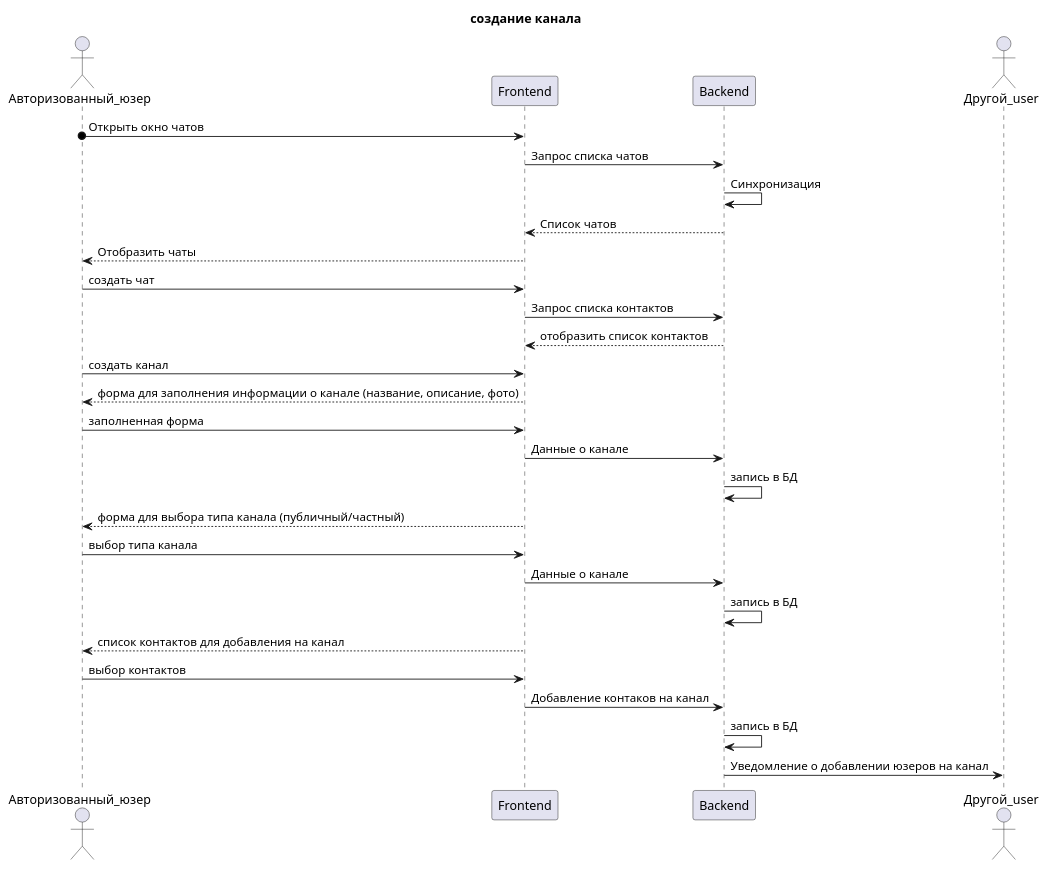
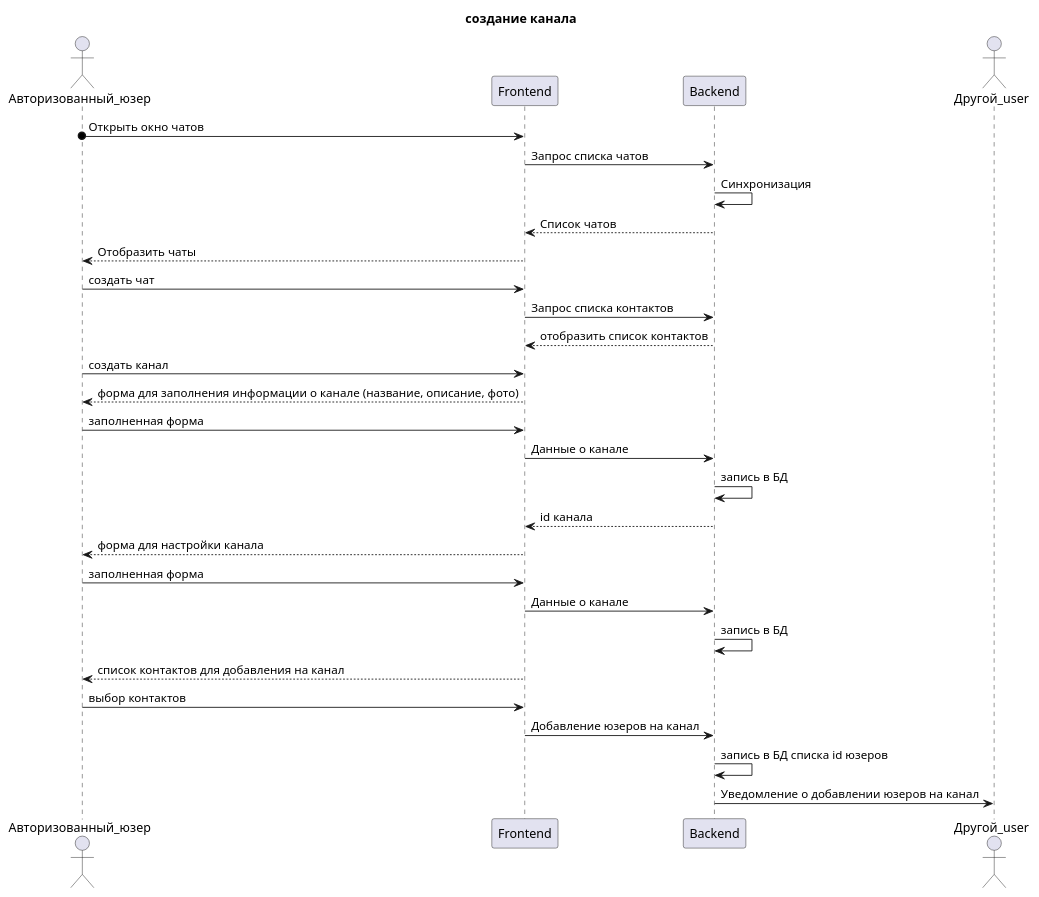
Before and after one commit to pnaydenova/academy: the diagram in Диаграмма Последовательности Создание канала .md, drawn with PlantUML.

Commit message:
Update Диаграмма Последовательности Создание канала .md

```diff
--- a/Диаграмма Последовательности Создание канала .md
+++ b/Диаграмма Последовательности Создание канала .md
@@ -1,31 +1,32 @@
 @startuml
 title создание канала
 actor Авторизованный_юзер as АЮ
 participant Frontend    as клиент
 participant Backend as сервер
 actor Другой_user as ДЮ
 
 АЮ o->клиент:Открыть окно чатов
 клиент->сервер:Запрос списка чатов
 сервер->сервер:Синхронизация
 сервер-->клиент:Список чатов
 клиент-->АЮ:Отобразить чаты 
 АЮ ->клиент:создать чат
 клиент-> сервер: Запрос списка контактов
 сервер-->клиент: отобразить список контактов
 АЮ->клиент:создать канал
 клиент-->АЮ:форма для заполнения информации о канале (название, описание, фото)
 АЮ->клиент: заполненная форма
 клиент->сервер:Данные о канале
 сервер->сервер:запись в БД
-клиент-->АЮ:форма для выбора типа канала (публичный/частный)
-АЮ->клиент: выбор типа канала
+сервер-->клиент:id канала
+клиент-->АЮ:форма для настройки канала
+АЮ->клиент: заполненная форма
 клиент->сервер:Данные о канале
 сервер->сервер:запись в БД
 клиент-->АЮ:список контактов для добавления на канал
 АЮ->клиент:выбор контактов
-клиент->сервер:Добавление контаков на канал
-сервер->сервер:запись в БД
+клиент->сервер:Добавление юзеров на канал
+сервер->сервер:запись в БД списка id юзеров
 сервер->ДЮ: Уведомление о добавлении юзеров на канал
 
 @enduml
```
